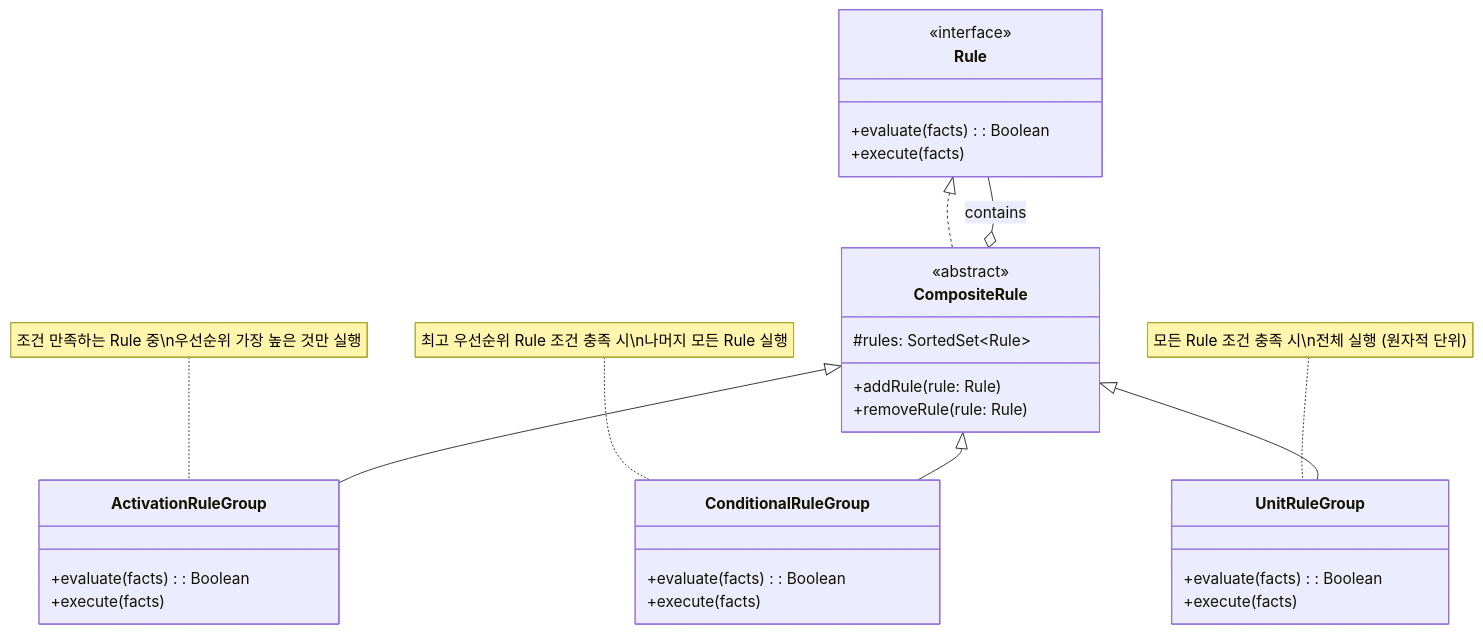
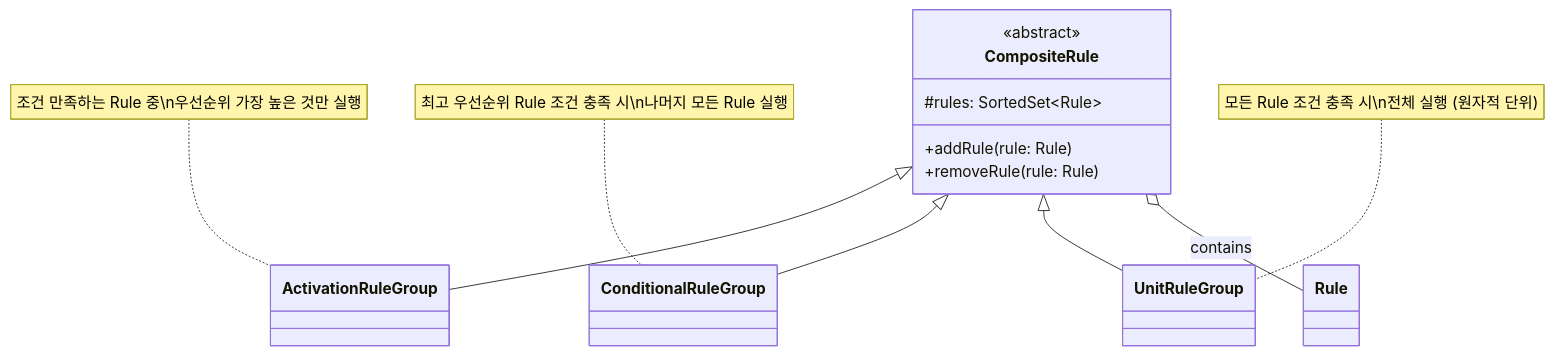
One commit to bluetape4k/bluetape4k-projects changed the fourth of 7 diagrams in utils/rule-engine/README.ko.md. Above: the diagram before and after it, drawn with Mermaid. The commit also changed other lines of this file and 14 other files, not shown here.

````diff
--- a/utils/rule-engine/README.ko.md
+++ b/utils/rule-engine/README.ko.md
@@ -340,39 +169,26 @@
 ```mermaid
 classDiagram
-    class Rule {
-        <<interface>>
-        +evaluate(facts): Boolean
-        +execute(facts)
-    }
-
     class CompositeRule {
         <<abstract>>
         #rules: SortedSet~Rule~
         +addRule(rule: Rule)
         +removeRule(rule: Rule)
     }
 
     class ActivationRuleGroup {
-        +evaluate(facts): Boolean
-        +execute(facts)
     }
     note for ActivationRuleGroup "조건 만족하는 Rule 중\n우선순위 가장 높은 것만 실행"
 
     class ConditionalRuleGroup {
-        +evaluate(facts): Boolean
-        +execute(facts)
     }
     note for ConditionalRuleGroup "최고 우선순위 Rule 조건 충족 시\n나머지 모든 Rule 실행"
 
     class UnitRuleGroup {
-        +evaluate(facts): Boolean
-        +execute(facts)
     }
     note for UnitRuleGroup "모든 Rule 조건 충족 시\n전체 실행 (원자적 단위)"
 
-    Rule <|.. CompositeRule
     CompositeRule <|-- ActivationRuleGroup
     CompositeRule <|-- ConditionalRuleGroup
     CompositeRule <|-- UnitRuleGroup
     CompositeRule o-- Rule : contains
 ```
````
